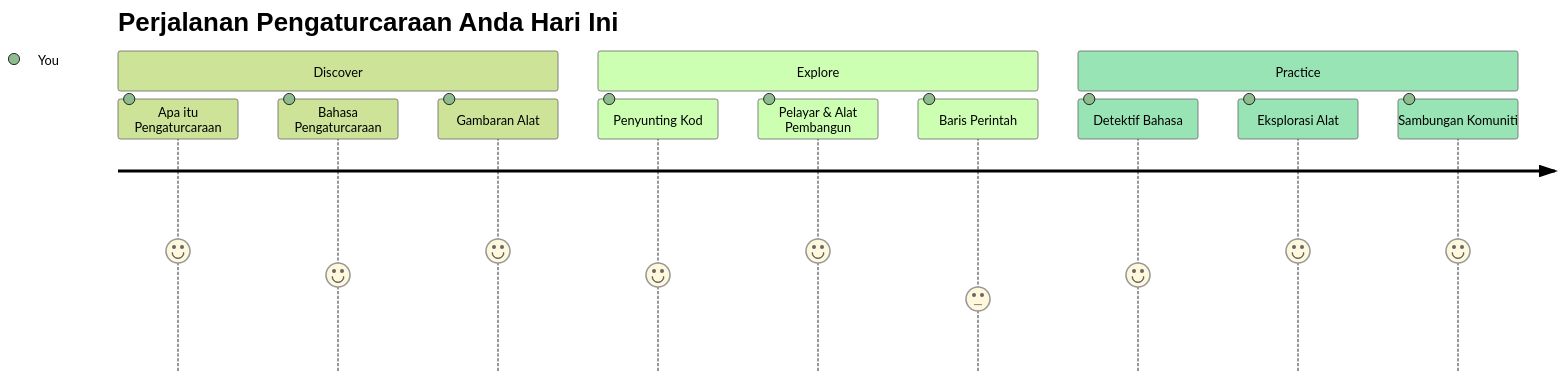
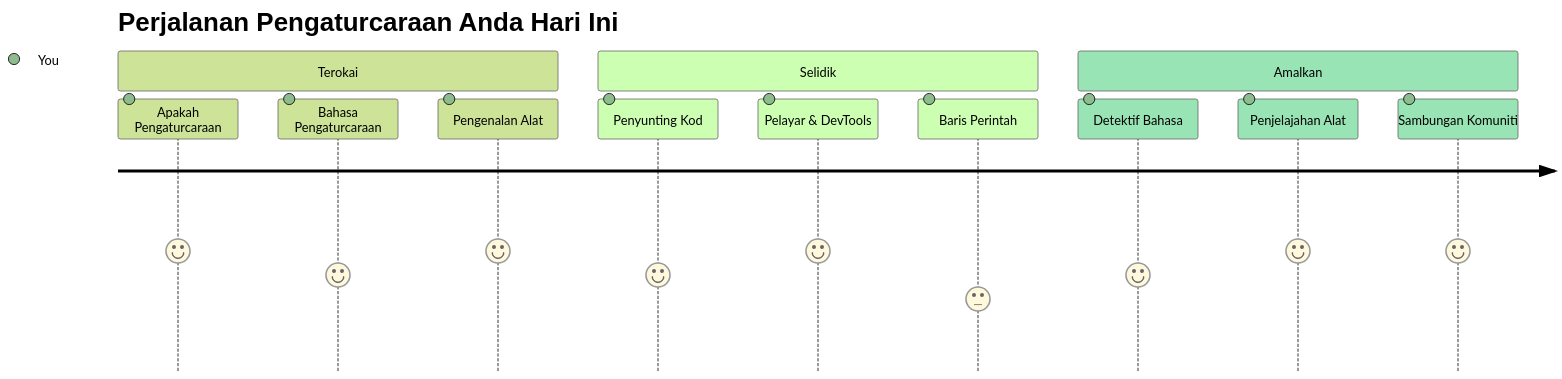
One commit to microsoft/Web-Dev-For-Beginners changed the first of 7 diagrams in translations/ms/1-getting-started-lessons/1-intro-to-programming-languages/README.md. Above: the diagram before and after it, drawn with Mermaid (forest theme). The commit also changed other lines of this file and 8 other files, not shown here.

````diff
--- a/translations/ms/1-getting-started-lessons/1-intro-to-programming-languages/README.md
+++ b/translations/ms/1-getting-started-lessons/1-intro-to-programming-languages/README.md
@@ -14,16 +14,16 @@
 ```mermaid
 journey
     title Perjalanan Pengaturcaraan Anda Hari Ini
-    section Discover
-      Apa itu Pengaturcaraan: 5: You
+    section Terokai
+      Apakah Pengaturcaraan: 5: You
       Bahasa Pengaturcaraan: 4: You
-      Gambaran Alat: 5: You
-    section Explore
+      Pengenalan Alat: 5: You
+    section Selidik
       Penyunting Kod: 4: You
-      Pelayar & Alat Pembangun: 5: You
+      Pelayar & DevTools: 5: You
       Baris Perintah: 3: You
-    section Practice
+    section Amalkan
       Detektif Bahasa: 4: You
-      Eksplorasi Alat: 5: You
+      Penjelajahan Alat: 5: You
       Sambungan Komuniti: 5: You
 ```
````
